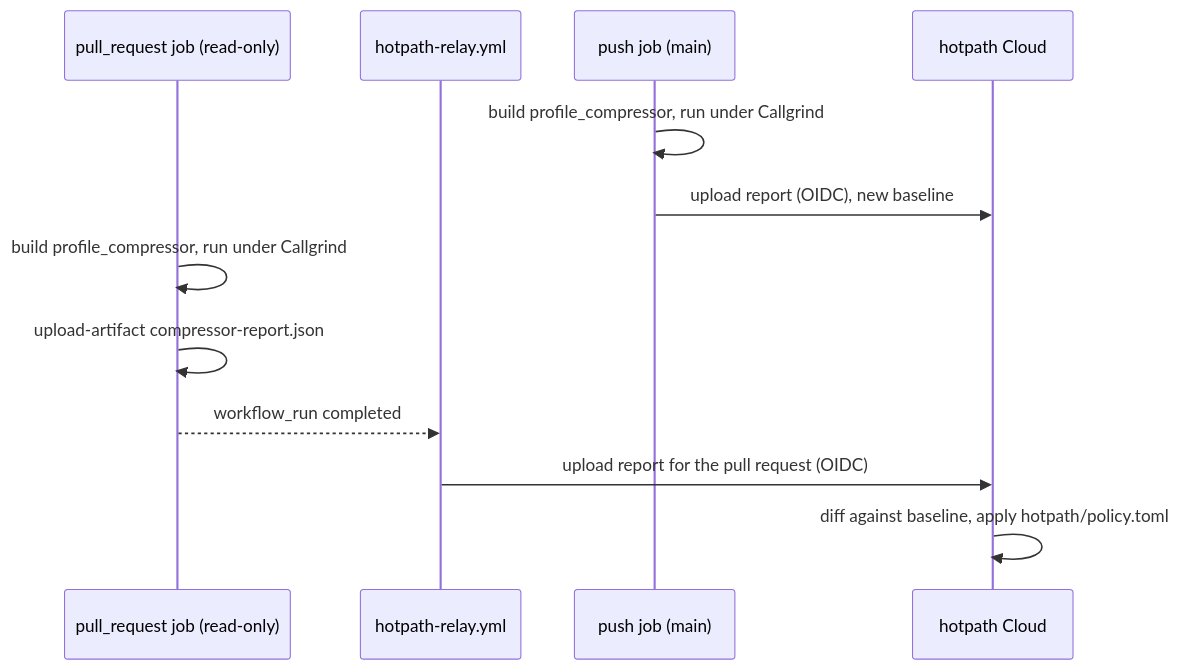
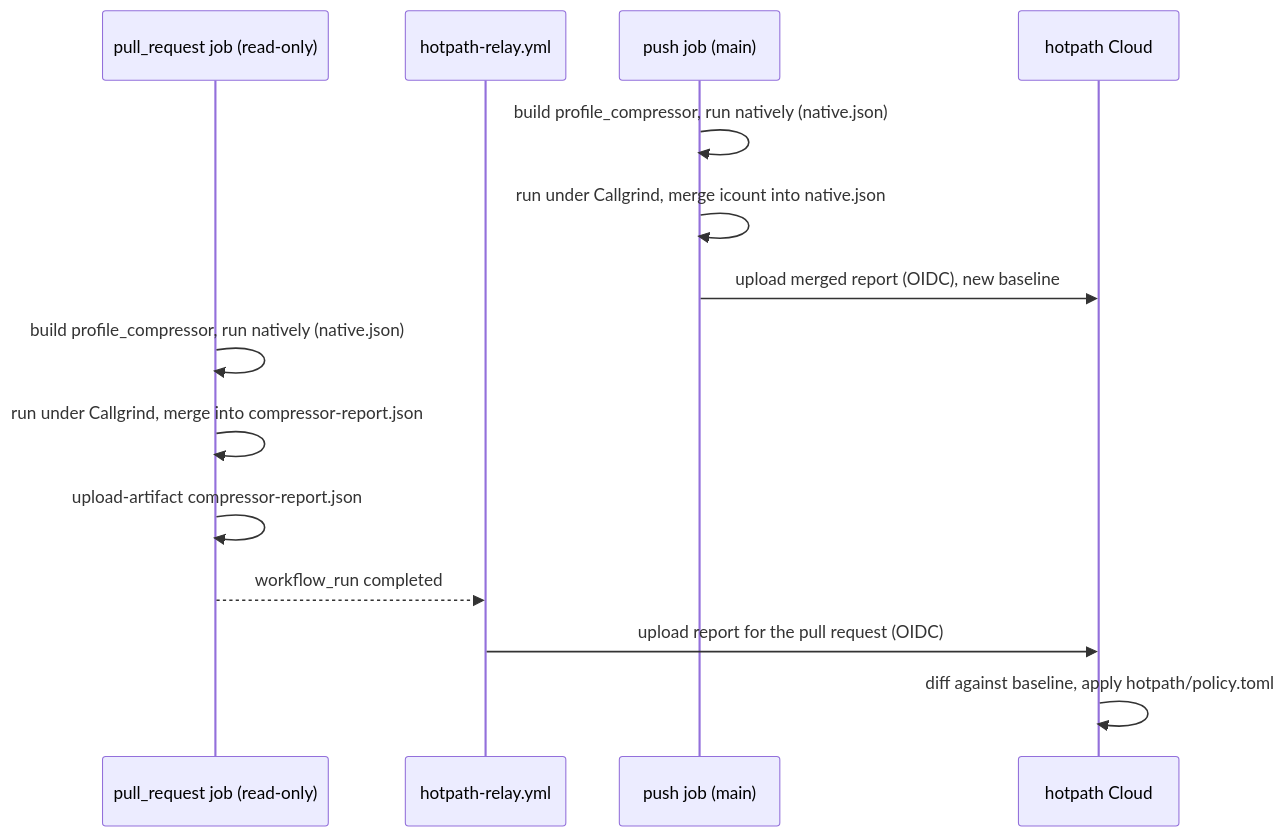
One commit to M-Compressors/mzstd changed the second of 4 diagrams in architecture/ci.md. Above: the diagram before and after it, drawn with Mermaid. The commit also changed other lines of this file and 9 other files, not shown here.

````diff
--- a/architecture/ci.md
+++ b/architecture/ci.md
@@ -65,14 +72,16 @@
 ```mermaid
 sequenceDiagram
     participant PR as pull_request job (read-only)
     participant Relay as hotpath-relay.yml
     participant Push as push job (main)
     participant Cloud as hotpath Cloud
-    Push->>Push: build profile_compressor, run under Callgrind
-    Push->>Cloud: upload report (OIDC), new baseline
-    PR->>PR: build profile_compressor, run under Callgrind
+    Push->>Push: build profile_compressor, run natively (native.json)
+    Push->>Push: run under Callgrind, merge icount into native.json
+    Push->>Cloud: upload merged report (OIDC), new baseline
+    PR->>PR: build profile_compressor, run natively (native.json)
+    PR->>PR: run under Callgrind, merge into compressor-report.json
     PR->>PR: upload-artifact compressor-report.json
     PR-->>Relay: workflow_run completed
     Relay->>Cloud: upload report for the pull request (OIDC)
     Cloud->>Cloud: diff against baseline, apply hotpath/policy.toml
 ```
````
